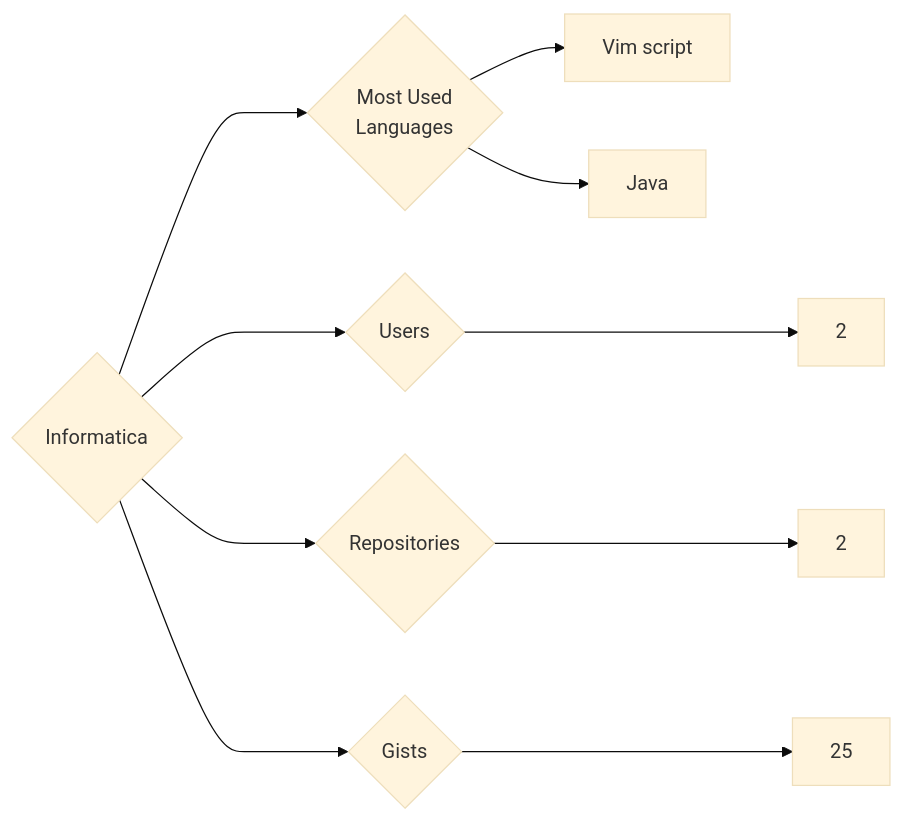
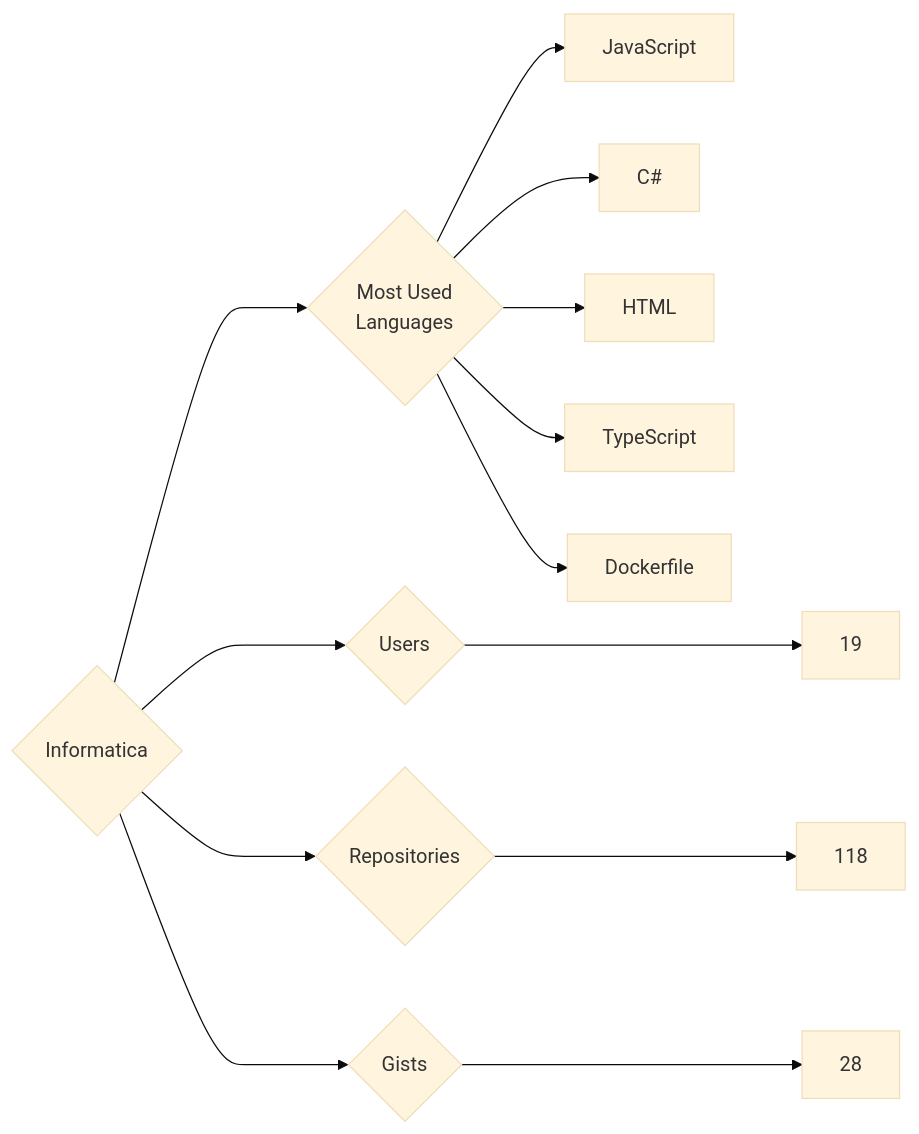
One commit to trickest/insiders changed the diagram in targets/Informatica/README.md. Above: the diagram before and after it, drawn with Mermaid (base theme). The commit also changed 809 other files, not shown here.

````diff
--- a/targets/Informatica/README.md
+++ b/targets/Informatica/README.md
@@ -3,10 +3,13 @@
 ```mermaid
 graph LR
 COMPANY_NAME{Informatica}
-COMPANY_NAME ---> U{Users} ---> UN[2]
-COMPANY_NAME ---> R{Repositories} ---> RN[2]
-COMPANY_NAME ---> G{Gists} ---> GN[25]
+COMPANY_NAME ---> U{Users} ---> UN[19]
+COMPANY_NAME ---> R{Repositories} ---> RN[118]
+COMPANY_NAME ---> G{Gists} ---> GN[28]
 COMPANY_NAME ---> ML{Most Used<br>Languages}
-ML --> Vim_script[Vim script]
-ML --> Java[Java]
+ML --> JavaScript[JavaScript]
+ML --> C#[C#]
+ML --> HTML[HTML]
+ML --> TypeScript[TypeScript]
+ML --> Dockerfile[Dockerfile]
 ```
````
